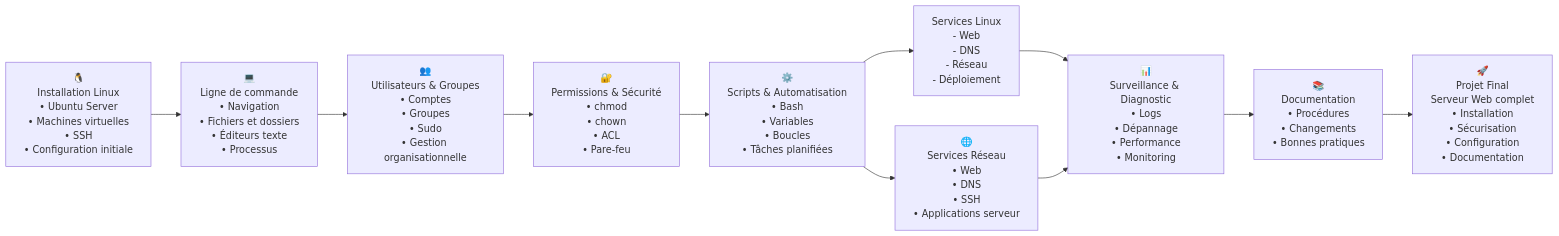
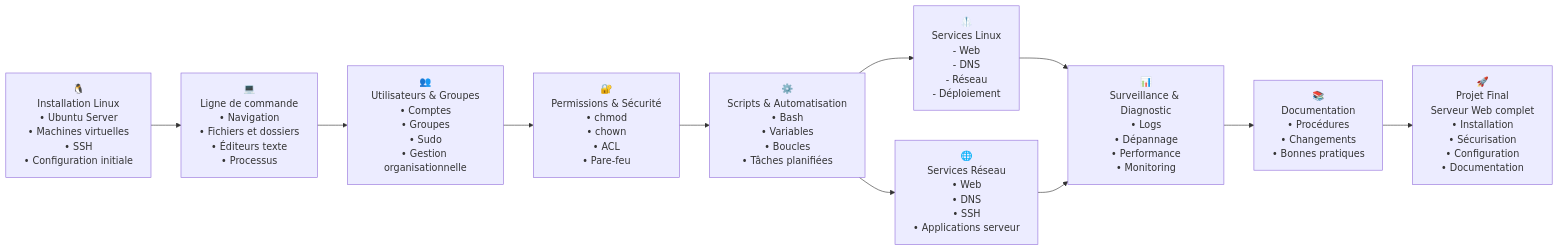
One commit to CollegeBoreal/INF1085-201-26A-04 changed the third of 4 diagrams in 0.PlanDeCours/README.md. Above: the diagram before and after it, drawn with Mermaid.

Commit message:
Update README with new emoji and formatting

```diff
--- a/0.PlanDeCours/README.md
+++ b/0.PlanDeCours/README.md
@@ -156,7 +156,7 @@
 • Applications serveur
 "]
 
-E --> F2["
+E --> F2["🥼
 Services Linux
  - Web
  - DNS
```
